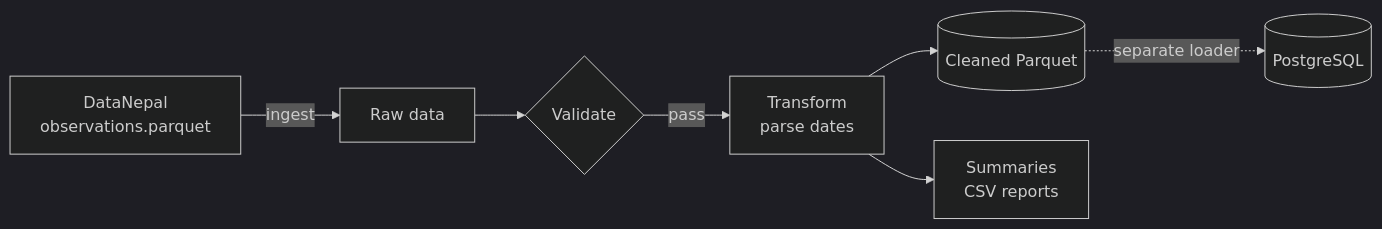
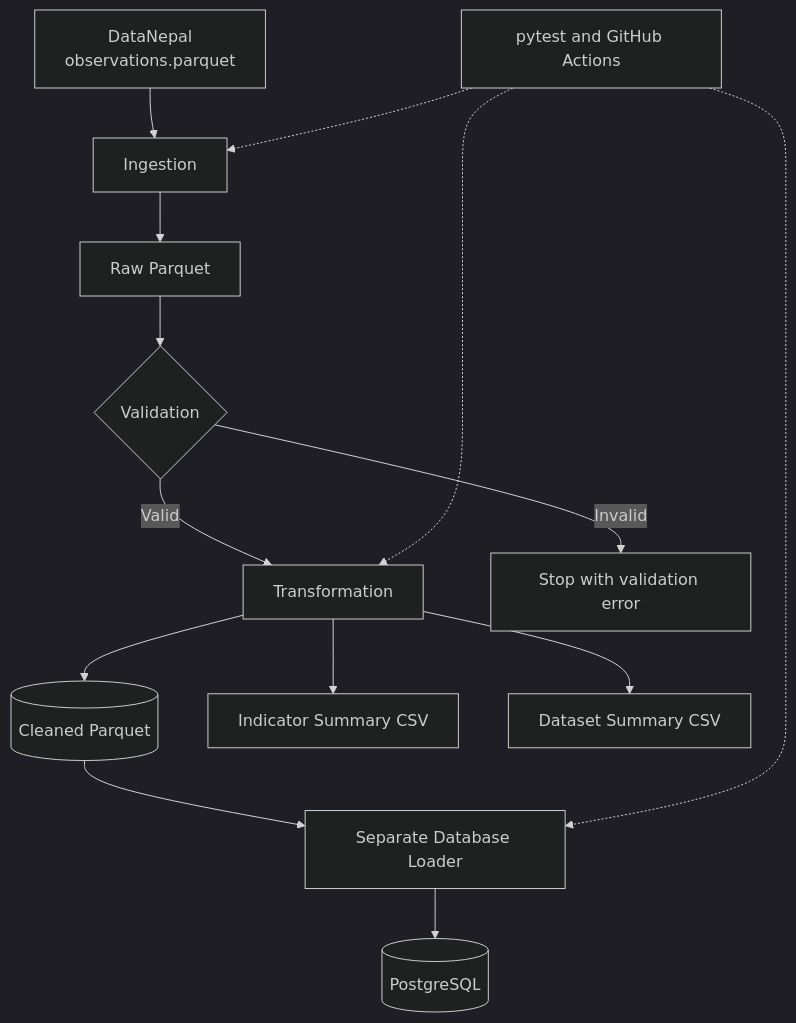
Before and after one commit to manish11111111/nepal-data-pipeline: the diagram in README.md, drawn with Mermaid (dark theme). The commit also changed other lines of this file, not shown here.

````diff
--- a/README.md
+++ b/README.md
@@ -83,9 +84,28 @@
 ```mermaid
-flowchart LR
-    A[DataNepal<br/>observations.parquet] -->|ingest| B[Raw data]
-    B --> C{Validate}
-    C -->|pass| D[Transform<br/>parse dates]
-    D --> E[(Cleaned Parquet)]
-    D --> F[Summaries<br/>CSV reports]
-    E -.->|separate loader| G[(PostgreSQL)]
+flowchart TD
+    A["DataNepal<br/>observations.parquet"]
+    B["Ingestion"]
+    C["Raw Parquet"]
+    D{"Validation"}
+    E["Transformation"]
+    F[("Cleaned Parquet")]
+    G["Indicator Summary CSV"]
+    H["Dataset Summary CSV"]
+    I["Separate Database Loader"]
+    J[("PostgreSQL")]
+    K["pytest and GitHub Actions"]
+
+    A --> B
+    B --> C
+    C --> D
+    D -->|Valid| E
+    D -->|Invalid| X["Stop with validation error"]
+    E --> F
+    E --> G
+    E --> H
+    F --> I
+    I --> J
+    K -.-> B
+    K -.-> E
+    K -.-> I
 ```
````
